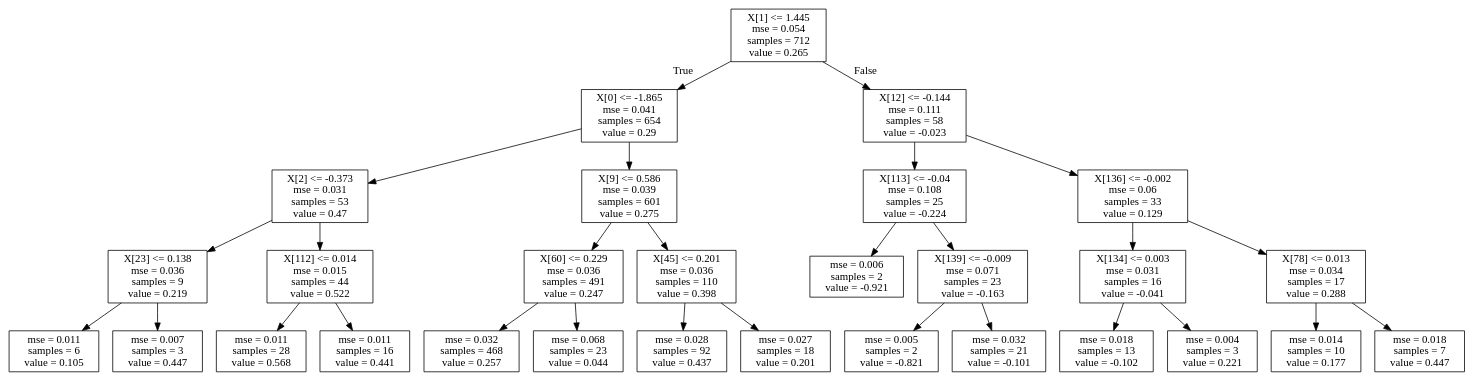
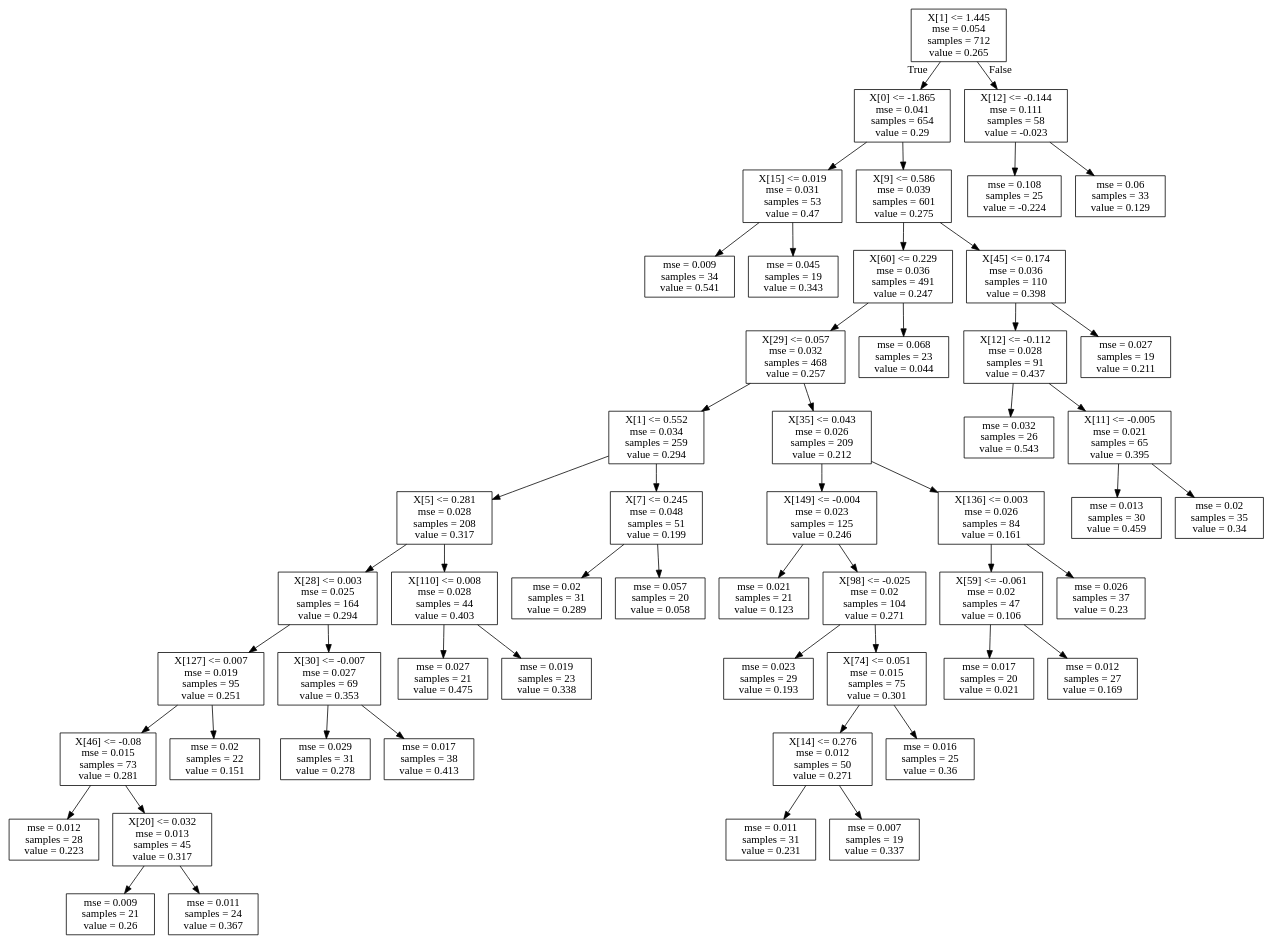
Before and after one commit to tituspellegrom/DataMiningTechniques: the diagram in tree.dot, drawn with Graphviz. The commit also changed 1 other file, not shown here.

```diff
--- a/tree.dot
+++ b/tree.dot
@@ -1,60 +1,108 @@
 digraph Tree {
 node [shape=box] ;
 0 [label="X[1] <= 1.445\nmse = 0.054\nsamples = 712\nvalue = 0.265"] ;
 1 [label="X[0] <= -1.865\nmse = 0.041\nsamples = 654\nvalue = 0.29"] ;
 0 -> 1 [labeldistance=2.5, labelangle=45, headlabel="True"] ;
-2 [label="X[2] <= -0.373\nmse = 0.031\nsamples = 53\nvalue = 0.47"] ;
+2 [label="X[15] <= 0.019\nmse = 0.031\nsamples = 53\nvalue = 0.47"] ;
 1 -> 2 ;
-3 [label="X[23] <= 0.138\nmse = 0.036\nsamples = 9\nvalue = 0.219"] ;
+3 [label="mse = 0.009\nsamples = 34\nvalue = 0.541"] ;
 2 -> 3 ;
-4 [label="mse = 0.011\nsamples = 6\nvalue = 0.105"] ;
-3 -> 4 ;
-5 [label="mse = 0.007\nsamples = 3\nvalue = 0.447"] ;
-3 -> 5 ;
-6 [label="X[112] <= 0.014\nmse = 0.015\nsamples = 44\nvalue = 0.522"] ;
-2 -> 6 ;
-7 [label="mse = 0.011\nsamples = 28\nvalue = 0.568"] ;
+4 [label="mse = 0.045\nsamples = 19\nvalue = 0.343"] ;
+2 -> 4 ;
+5 [label="X[9] <= 0.586\nmse = 0.039\nsamples = 601\nvalue = 0.275"] ;
+1 -> 5 ;
+6 [label="X[60] <= 0.229\nmse = 0.036\nsamples = 491\nvalue = 0.247"] ;
+5 -> 6 ;
+7 [label="X[29] <= 0.057\nmse = 0.032\nsamples = 468\nvalue = 0.257"] ;
 6 -> 7 ;
-8 [label="mse = 0.011\nsamples = 16\nvalue = 0.441"] ;
-6 -> 8 ;
-9 [label="X[9] <= 0.586\nmse = 0.039\nsamples = 601\nvalue = 0.275"] ;
-1 -> 9 ;
-10 [label="X[60] <= 0.229\nmse = 0.036\nsamples = 491\nvalue = 0.247"] ;
+8 [label="X[1] <= 0.552\nmse = 0.034\nsamples = 259\nvalue = 0.294"] ;
+7 -> 8 ;
+9 [label="X[5] <= 0.281\nmse = 0.028\nsamples = 208\nvalue = 0.317"] ;
+8 -> 9 ;
+10 [label="X[28] <= 0.003\nmse = 0.025\nsamples = 164\nvalue = 0.294"] ;
 9 -> 10 ;
-11 [label="mse = 0.032\nsamples = 468\nvalue = 0.257"] ;
+11 [label="X[127] <= 0.007\nmse = 0.019\nsamples = 95\nvalue = 0.251"] ;
 10 -> 11 ;
-12 [label="mse = 0.068\nsamples = 23\nvalue = 0.044"] ;
-10 -> 12 ;
-13 [label="X[45] <= 0.201\nmse = 0.036\nsamples = 110\nvalue = 0.398"] ;
-9 -> 13 ;
-14 [label="mse = 0.028\nsamples = 92\nvalue = 0.437"] ;
-13 -> 14 ;
-15 [label="mse = 0.027\nsamples = 18\nvalue = 0.201"] ;
-13 -> 15 ;
-16 [label="X[12] <= -0.144\nmse = 0.111\nsamples = 58\nvalue = -0.023"] ;
-0 -> 16 [labeldistance=2.5, labelangle=-45, headlabel="False"] ;
-17 [label="X[113] <= -0.04\nmse = 0.108\nsamples = 25\nvalue = -0.224"] ;
-16 -> 17 ;
-18 [label="mse = 0.006\nsamples = 2\nvalue = -0.921"] ;
-17 -> 18 ;
-19 [label="X[139] <= -0.009\nmse = 0.071\nsamples = 23\nvalue = -0.163"] ;
-17 -> 19 ;
-20 [label="mse = 0.005\nsamples = 2\nvalue = -0.821"] ;
-19 -> 20 ;
-21 [label="mse = 0.032\nsamples = 21\nvalue = -0.101"] ;
-19 -> 21 ;
-22 [label="X[136] <= -0.002\nmse = 0.06\nsamples = 33\nvalue = 0.129"] ;
-16 -> 22 ;
-23 [label="X[134] <= 0.003\nmse = 0.031\nsamples = 16\nvalue = -0.041"] ;
-22 -> 23 ;
-24 [label="mse = 0.018\nsamples = 13\nvalue = -0.102"] ;
-23 -> 24 ;
-25 [label="mse = 0.004\nsamples = 3\nvalue = 0.221"] ;
-23 -> 25 ;
-26 [label="X[78] <= 0.013\nmse = 0.034\nsamples = 17\nvalue = 0.288"] ;
-22 -> 26 ;
-27 [label="mse = 0.014\nsamples = 10\nvalue = 0.177"] ;
-26 -> 27 ;
-28 [label="mse = 0.018\nsamples = 7\nvalue = 0.447"] ;
-26 -> 28 ;
+12 [label="X[46] <= -0.08\nmse = 0.015\nsamples = 73\nvalue = 0.281"] ;
+11 -> 12 ;
+13 [label="mse = 0.012\nsamples = 28\nvalue = 0.223"] ;
+12 -> 13 ;
+14 [label="X[20] <= 0.032\nmse = 0.013\nsamples = 45\nvalue = 0.317"] ;
+12 -> 14 ;
+15 [label="mse = 0.009\nsamples = 21\nvalue = 0.26"] ;
+14 -> 15 ;
+16 [label="mse = 0.011\nsamples = 24\nvalue = 0.367"] ;
+14 -> 16 ;
+17 [label="mse = 0.02\nsamples = 22\nvalue = 0.151"] ;
+11 -> 17 ;
+18 [label="X[30] <= -0.007\nmse = 0.027\nsamples = 69\nvalue = 0.353"] ;
+10 -> 18 ;
+19 [label="mse = 0.029\nsamples = 31\nvalue = 0.278"] ;
+18 -> 19 ;
+20 [label="mse = 0.017\nsamples = 38\nvalue = 0.413"] ;
+18 -> 20 ;
+21 [label="X[110] <= 0.008\nmse = 0.028\nsamples = 44\nvalue = 0.403"] ;
+9 -> 21 ;
+22 [label="mse = 0.027\nsamples = 21\nvalue = 0.475"] ;
+21 -> 22 ;
+23 [label="mse = 0.019\nsamples = 23\nvalue = 0.338"] ;
+21 -> 23 ;
+24 [label="X[7] <= 0.245\nmse = 0.048\nsamples = 51\nvalue = 0.199"] ;
+8 -> 24 ;
+25 [label="mse = 0.02\nsamples = 31\nvalue = 0.289"] ;
+24 -> 25 ;
+26 [label="mse = 0.057\nsamples = 20\nvalue = 0.058"] ;
+24 -> 26 ;
+27 [label="X[35] <= 0.043\nmse = 0.026\nsamples = 209\nvalue = 0.212"] ;
+7 -> 27 ;
+28 [label="X[149] <= -0.004\nmse = 0.023\nsamples = 125\nvalue = 0.246"] ;
+27 -> 28 ;
+29 [label="mse = 0.021\nsamples = 21\nvalue = 0.123"] ;
+28 -> 29 ;
+30 [label="X[98] <= -0.025\nmse = 0.02\nsamples = 104\nvalue = 0.271"] ;
+28 -> 30 ;
+31 [label="mse = 0.023\nsamples = 29\nvalue = 0.193"] ;
+30 -> 31 ;
+32 [label="X[74] <= 0.051\nmse = 0.015\nsamples = 75\nvalue = 0.301"] ;
+30 -> 32 ;
+33 [label="X[14] <= 0.276\nmse = 0.012\nsamples = 50\nvalue = 0.271"] ;
+32 -> 33 ;
+34 [label="mse = 0.011\nsamples = 31\nvalue = 0.231"] ;
+33 -> 34 ;
+35 [label="mse = 0.007\nsamples = 19\nvalue = 0.337"] ;
+33 -> 35 ;
+36 [label="mse = 0.016\nsamples = 25\nvalue = 0.36"] ;
+32 -> 36 ;
+37 [label="X[136] <= 0.003\nmse = 0.026\nsamples = 84\nvalue = 0.161"] ;
+27 -> 37 ;
+38 [label="X[59] <= -0.061\nmse = 0.02\nsamples = 47\nvalue = 0.106"] ;
+37 -> 38 ;
+39 [label="mse = 0.017\nsamples = 20\nvalue = 0.021"] ;
+38 -> 39 ;
+40 [label="mse = 0.012\nsamples = 27\nvalue = 0.169"] ;
+38 -> 40 ;
+41 [label="mse = 0.026\nsamples = 37\nvalue = 0.23"] ;
+37 -> 41 ;
+42 [label="mse = 0.068\nsamples = 23\nvalue = 0.044"] ;
+6 -> 42 ;
+43 [label="X[45] <= 0.174\nmse = 0.036\nsamples = 110\nvalue = 0.398"] ;
+5 -> 43 ;
+44 [label="X[12] <= -0.112\nmse = 0.028\nsamples = 91\nvalue = 0.437"] ;
+43 -> 44 ;
+45 [label="mse = 0.032\nsamples = 26\nvalue = 0.543"] ;
+44 -> 45 ;
+46 [label="X[11] <= -0.005\nmse = 0.021\nsamples = 65\nvalue = 0.395"] ;
+44 -> 46 ;
+47 [label="mse = 0.013\nsamples = 30\nvalue = 0.459"] ;
+46 -> 47 ;
+48 [label="mse = 0.02\nsamples = 35\nvalue = 0.34"] ;
+46 -> 48 ;
+49 [label="mse = 0.027\nsamples = 19\nvalue = 0.211"] ;
+43 -> 49 ;
+50 [label="X[12] <= -0.144\nmse = 0.111\nsamples = 58\nvalue = -0.023"] ;
+0 -> 50 [labeldistance=2.5, labelangle=-45, headlabel="False"] ;
+51 [label="mse = 0.108\nsamples = 25\nvalue = -0.224"] ;
+50 -> 51 ;
+52 [label="mse = 0.06\nsamples = 33\nvalue = 0.129"] ;
+50 -> 52 ;
 }
```
